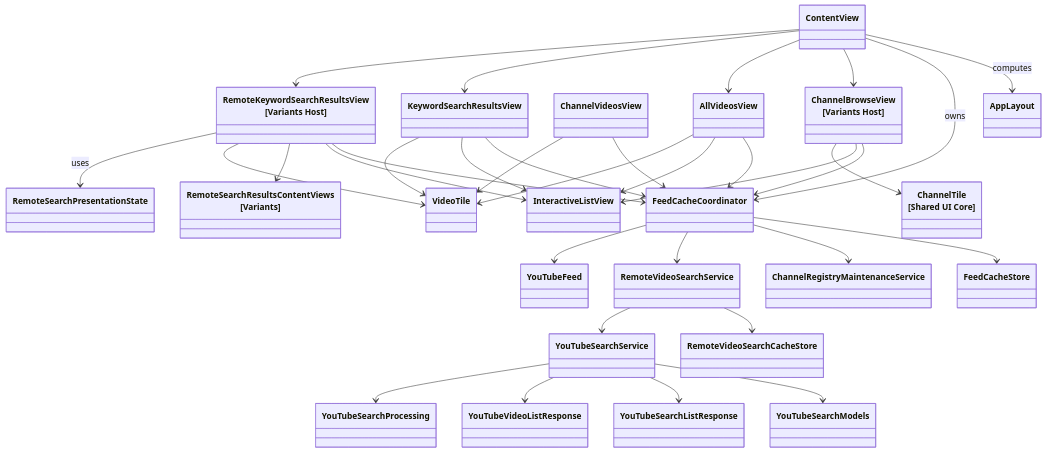
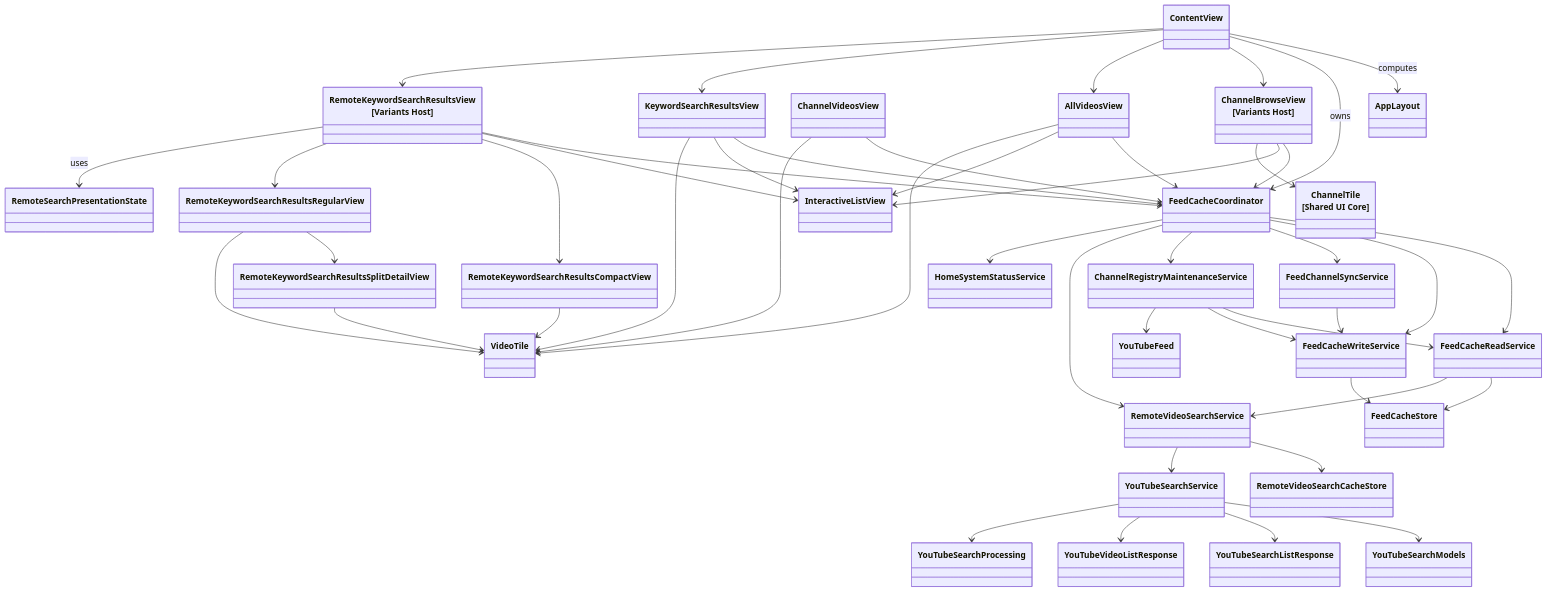
Before and after one commit to horikuma/YoutubeFeeder: the second of 4 diagrams in docs/human-view/design-overview.md, drawn with Mermaid. The commit also changed other lines of this file and 6 other files, not shown here.

````diff
--- a/docs/human-view/design-overview.md
+++ b/docs/human-view/design-overview.md
@@ -21,63 +25,82 @@
 ```mermaid
 classDiagram
     class ContentView
     class AppLayout
     class FeedCacheCoordinator
+    class FeedCacheReadService
+    class FeedCacheWriteService
+    class FeedChannelSyncService
+    class HomeSystemStatusService
     class ChannelBrowseView["ChannelBrowseView<br/>[Variants Host]"]
     class ChannelVideosView
     class AllVideosView
     class KeywordSearchResultsView
     class RemoteKeywordSearchResultsView["RemoteKeywordSearchResultsView<br/>[Variants Host]"]
-    class RemoteSearchResultsContentViews["RemoteSearchResultsContentViews<br/>[Variants]"]
+    class RemoteKeywordSearchResultsCompactView
+    class RemoteKeywordSearchResultsRegularView
+    class RemoteKeywordSearchResultsSplitDetailView
     class InteractiveListView
     class ChannelTile["ChannelTile<br/>[Shared UI Core]"]
     class VideoTile
     class FeedCacheStore
     class ChannelRegistryMaintenanceService
     class RemoteVideoSearchService
     class RemoteVideoSearchCacheStore
     class YouTubeFeed
     class YouTubeSearchService
     class YouTubeSearchModels
     class YouTubeSearchListResponse
     class YouTubeVideoListResponse
     class YouTubeSearchProcessing
     class RemoteSearchPresentationState
 
     ContentView --> AppLayout : computes
     ContentView --> FeedCacheCoordinator : owns
     ContentView --> ChannelBrowseView
     ContentView --> AllVideosView
     ContentView --> KeywordSearchResultsView
     ContentView --> RemoteKeywordSearchResultsView
 
     ChannelBrowseView --> FeedCacheCoordinator
     ChannelVideosView --> FeedCacheCoordinator
     AllVideosView --> FeedCacheCoordinator
     KeywordSearchResultsView --> FeedCacheCoordinator
     RemoteKeywordSearchResultsView --> FeedCacheCoordinator
 
     ChannelBrowseView --> InteractiveListView
     RemoteKeywordSearchResultsView --> InteractiveListView
-    RemoteKeywordSearchResultsView --> RemoteSearchResultsContentViews
+    RemoteKeywordSearchResultsView --> RemoteKeywordSearchResultsCompactView
+    RemoteKeywordSearchResultsView --> RemoteKeywordSearchResultsRegularView
+    RemoteKeywordSearchResultsRegularView --> RemoteKeywordSearchResultsSplitDetailView
     AllVideosView --> InteractiveListView
     KeywordSearchResultsView --> InteractiveListView
     ChannelVideosView --> VideoTile
     AllVideosView --> VideoTile
     KeywordSearchResultsView --> VideoTile
-    RemoteKeywordSearchResultsView --> VideoTile
+    RemoteKeywordSearchResultsCompactView --> VideoTile
+    RemoteKeywordSearchResultsRegularView --> VideoTile
+    RemoteKeywordSearchResultsSplitDetailView --> VideoTile
     ChannelBrowseView --> ChannelTile
 
-    FeedCacheCoordinator --> FeedCacheStore
+    FeedCacheCoordinator --> FeedCacheReadService
+    FeedCacheCoordinator --> FeedCacheWriteService
+    FeedCacheCoordinator --> FeedChannelSyncService
     FeedCacheCoordinator --> ChannelRegistryMaintenanceService
     FeedCacheCoordinator --> RemoteVideoSearchService
+    FeedCacheCoordinator --> HomeSystemStatusService
+    FeedCacheReadService --> FeedCacheStore
+    FeedCacheReadService --> RemoteVideoSearchService
+    FeedCacheWriteService --> FeedCacheStore
+    FeedChannelSyncService --> FeedCacheWriteService
     RemoteVideoSearchService --> RemoteVideoSearchCacheStore
     RemoteVideoSearchService --> YouTubeSearchService
-    FeedCacheCoordinator --> YouTubeFeed
+    ChannelRegistryMaintenanceService --> FeedCacheReadService
+    ChannelRegistryMaintenanceService --> FeedCacheWriteService
+    ChannelRegistryMaintenanceService --> YouTubeFeed
     YouTubeSearchService --> YouTubeSearchModels
     YouTubeSearchService --> YouTubeSearchListResponse
     YouTubeSearchService --> YouTubeVideoListResponse
     YouTubeSearchService --> YouTubeSearchProcessing
 
     RemoteKeywordSearchResultsView --> RemoteSearchPresentationState : uses
 ```
````
